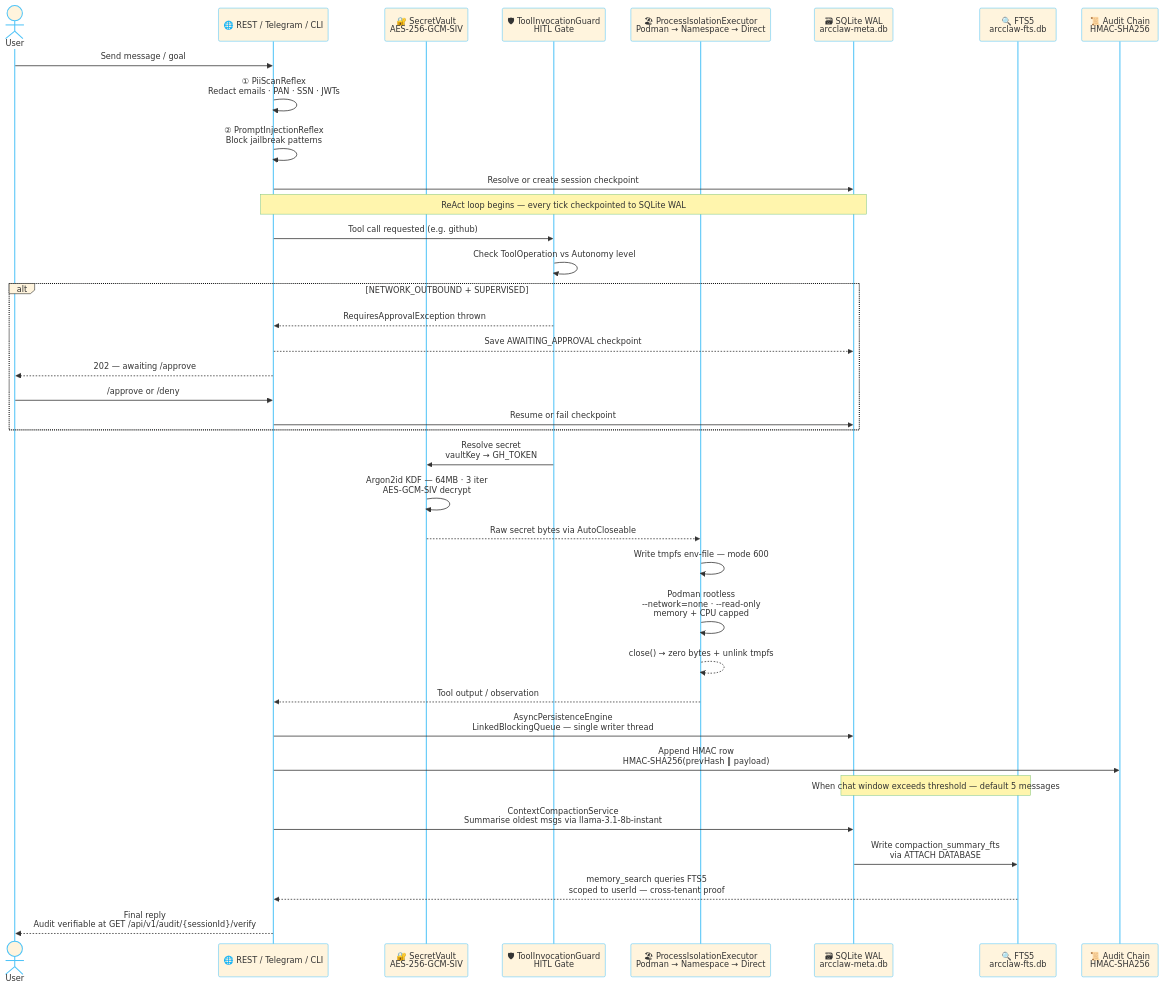
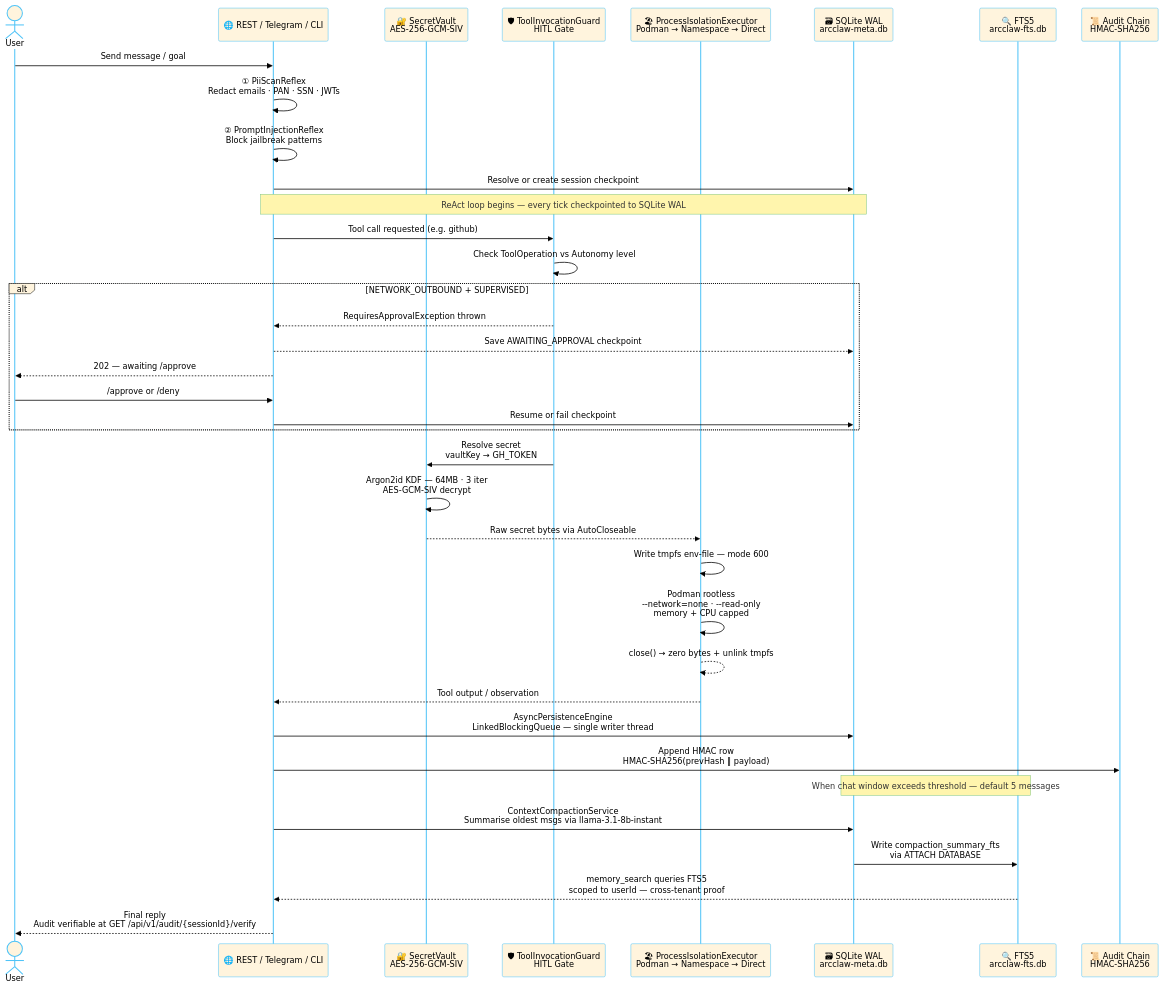
Before and after one commit to rsrini7/AmshaAgent: the seventh of 8 diagrams in README.md, drawn with Mermaid. The commit also changed other lines of this file, not shown here.

Commit message:
docs: set primary text color to black in mermaid diagrams

````diff
--- a/README.md
+++ b/README.md
@@ -643,50 +643,50 @@
 ```mermaid
-%%{init: {'theme': 'base', 'themeVariables': {'primaryBorderColor': '#4fc3f7', 'lineColor': '#4fc3f7', 'activationBorderColor': '#4fc3f7', 'actorBorder': '#4fc3f7', 'actorLineColor': '#4fc3f7','labelBoxBorderColor': '#0b0c0cff', 'noteBorderColor': '#81c784', 'fontSize': '13px'}}}%%
+%%{init: {'theme': 'base', 'themeVariables': {'primaryTextColor': '#000000','primaryBorderColor': '#4fc3f7', 'lineColor': '#4fc3f7', 'activationBorderColor': '#4fc3f7', 'actorBorder': '#4fc3f7', 'actorLineColor': '#4fc3f7','labelBoxBorderColor': '#0b0c0cff', 'noteBorderColor': '#81c784', 'fontSize': '13px'}}}%%
 sequenceDiagram
     actor User
     participant API as 🌐 REST / Telegram / CLI
     participant Vault as 🔐 SecretVault<br/>AES-256-GCM-SIV
     participant Guard as 🛡 ToolInvocationGuard<br/>HITL Gate
     participant Sandbox as 🏖 ProcessIsolationExecutor<br/>Podman → Namespace → Direct
     participant SQLite as 🗃 SQLite WAL<br/>arcclaw-meta.db
     participant FTS as 🔍 FTS5<br/>arcclaw-fts.db
     participant Audit as 📜 Audit Chain<br/>HMAC-SHA256
 
     User->>API: Send message / goal
     API->>API: ① PiiScanReflex<br/>Redact emails · PAN · SSN · JWTs
     API->>API: ② PromptInjectionReflex<br/>Block jailbreak patterns
     API->>SQLite: Resolve or create session checkpoint
 
     Note over API,SQLite: ReAct loop begins — every tick checkpointed to SQLite WAL
 
     API->>Guard: Tool call requested (e.g. github)
     Guard->>Guard: Check ToolOperation vs Autonomy level
 
     alt NETWORK_OUTBOUND + SUPERVISED
         Guard-->>API: RequiresApprovalException thrown
         API-->>SQLite: Save AWAITING_APPROVAL checkpoint
         API-->>User: 202 — awaiting /approve
         User->>API: /approve or /deny
         API->>SQLite: Resume or fail checkpoint
     end
 
     Guard->>Vault: Resolve secret<br/>vaultKey → GH_TOKEN
     Vault->>Vault: Argon2id KDF — 64MB · 3 iter<br/>AES-GCM-SIV decrypt
     Vault-->>Sandbox: Raw secret bytes via AutoCloseable
 
     Sandbox->>Sandbox: Write tmpfs env-file — mode 600
     Sandbox->>Sandbox: Podman rootless<br/>--network=none · --read-only<br/>memory + CPU capped
     Sandbox-->>Sandbox: close() → zero bytes + unlink tmpfs
 
     Sandbox-->>API: Tool output / observation
     API->>SQLite: AsyncPersistenceEngine<br/>LinkedBlockingQueue — single writer thread
     API->>Audit: Append HMAC row<br/>HMAC-SHA256(prevHash ‖ payload)
 
     Note over SQLite,FTS: When chat window exceeds threshold — default 5 messages
 
     API->>SQLite: ContextCompactionService<br/>Summarise oldest msgs via llama-3.1-8b-instant
     SQLite->>FTS: Write compaction_summary_fts<br/>via ATTACH DATABASE
     FTS-->>API: memory_search queries FTS5<br/>scoped to userId — cross-tenant proof
 
     API-->>User: Final reply<br/>Audit verifiable at GET /api/v1/audit/{sessionId}/verify
 ```
````
